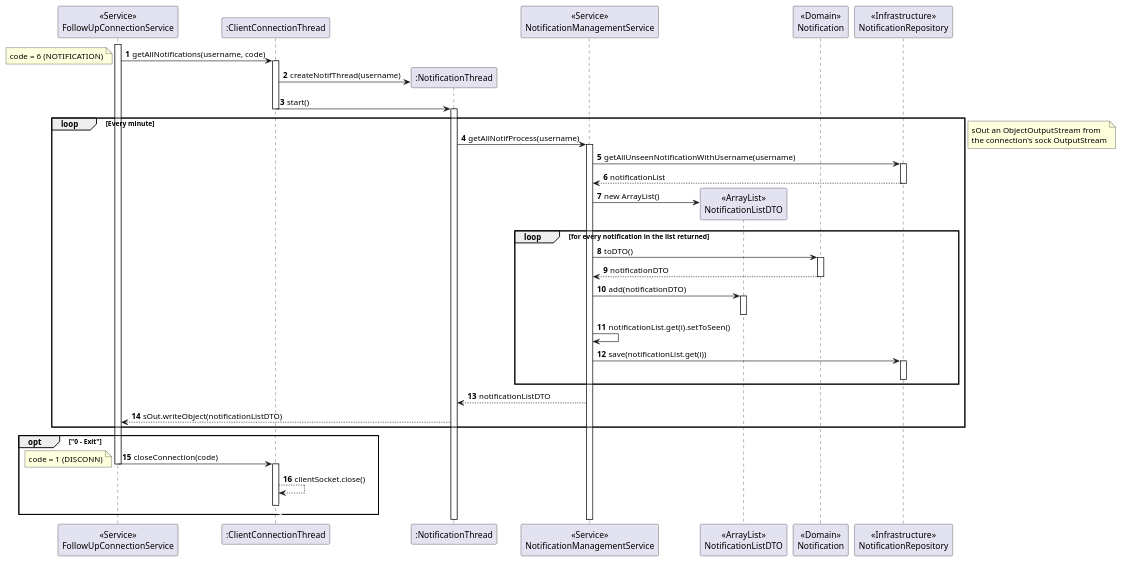
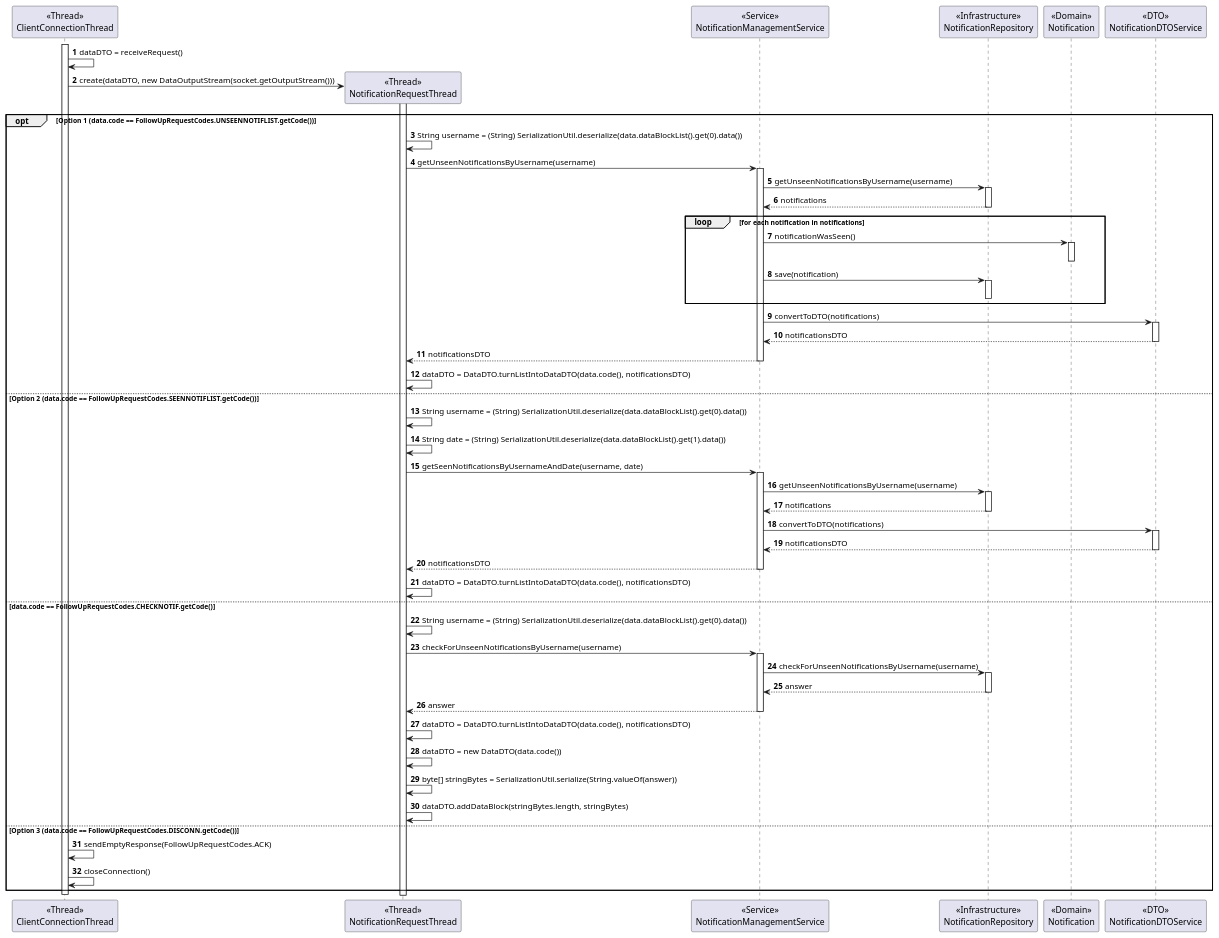
Before and after one commit to rita-barbosa/LAPR4-2324: the diagram in docs/sprint-c/us_3003/US3003_SD/US3003_SD_Server_To_Repo.puml, drawn with PlantUML. The commit also changed 8 other files, not shown here.

```diff
--- a/docs/sprint-c/us_3003/US3003_SD/US3003_SD_Server_To_Repo.puml
+++ b/docs/sprint-c/us_3003/US3003_SD/US3003_SD_Server_To_Repo.puml
@@ -1,108 +1,142 @@
 @startuml
 'https://plantuml.com/sequence-diagram
 
 autonumber
 
-participant "<<Service>>\nFollowUpConnectionService" as SER
-participant ":ClientConnectionThread" as CLITHREAD
-participant ":NotificationThread" as THREAD
+participant "<<Thread>>\nClientConnectionThread" as CLITHREAD
+participant "<<Thread>>\nNotificationRequestThread" as THREAD
 participant "<<Service>>\nNotificationManagementService" as NS
-participant "<<ArrayList>>\nNotificationListDTO" as LIST
+participant "<<Infrastructure>>\nNotificationRepository" as NREPO
 participant "<<Domain>>\nNotification" as N
-participant "<<Infrastructure>>\nNotificationRepository" as NREPO
+participant "<<DTO>>\nNotificationDTOService" as NDTOS
 
-activate SER
+activate CLITHREAD
 
-            SER -> CLITHREAD : getAllNotifications(username, code)
+    CLITHREAD -> CLITHREAD : dataDTO = receiveRequest()
 
-            note left
-            code = 6 (NOTIFICATION)
-            end note
+    CLITHREAD -> THREAD** : create(dataDTO, new DataOutputStream(socket.getOutputStream()))
 
-            activate CLITHREAD
+    opt Option 1 (data.code == FollowUpRequestCodes.UNSEENNOTIFLIST.getCode())
 
-                CLITHREAD -> THREAD** : createNotifThread(username)
+        activate THREAD
 
-                CLITHREAD -> THREAD : start()
+            THREAD -> THREAD : String username = (String) SerializationUtil.deserialize(data.dataBlockList().get(0).data())
 
-            deactivate CLITHREAD
+            THREAD -> NS : getUnseenNotificationsByUsername(username)
 
-            activate THREAD
+            activate NS
 
-                loop Every minute
+                NS -> NREPO : getUnseenNotificationsByUsername(username)
 
-                THREAD -> NS : getAllNotifProcess(username)
+                activate NREPO
 
-                activate NS
+                    NREPO --> NS : notifications
 
-                    NS -> NREPO : getAllUnseenNotificationWithUsername(username)
+                deactivate NREPO
+
+                loop for each notification in notifications
+
+                    NS -> N : notificationWasSeen()
+
+                    activate N
+
+                    deactivate N
+
+                    NS -> NREPO : save(notification)
 
                     activate NREPO
 
-                        NREPO --> NS : notificationList
-
                     deactivate NREPO
 
-                            NS -> LIST**: new ArrayList()
+                end
 
-                            loop for every notification in the list returned
+                NS -> NDTOS : convertToDTO(notifications)
 
-                                NS -> N : toDTO()
+                activate NDTOS
 
-                                activate N
+                    NDTOS --> NS : notificationsDTO
 
-                                    N --> NS : notificationDTO
+                deactivate NDTOS
 
-                                deactivate N
+                NS --> THREAD : notificationsDTO
 
-                                NS -> LIST : add(notificationDTO)
+            deactivate NS
 
-                                activate LIST
+                THREAD -> THREAD : dataDTO = DataDTO.turnListIntoDataDTO(data.code(), notificationsDTO)
 
-                                deactivate LIST
 
-                                NS -> NS : notificationList.get(i).setToSeen()
+    else Option 2 (data.code == FollowUpRequestCodes.SEENNOTIFLIST.getCode())
 
-                                NS -> NREPO : save(notificationList.get(i))
+            THREAD -> THREAD : String username = (String) SerializationUtil.deserialize(data.dataBlockList().get(0).data())
 
-                                activate NREPO
+            THREAD -> THREAD : String date = (String) SerializationUtil.deserialize(data.dataBlockList().get(1).data())
 
-                                deactivate NREPO
+            THREAD -> NS : getSeenNotificationsByUsernameAndDate(username, date)
 
-                            end
+            activate NS
 
-                        NS --> THREAD : notificationListDTO
+                NS -> NREPO : getUnseenNotificationsByUsername(username)
 
-                        THREAD --> SER : sOut.writeObject(notificationListDTO)
+                activate NREPO
 
-                        end
+                    NREPO --> NS : notifications
 
-                        note right
-                        sOut an ObjectOutputStream from
-                        the connection's sock OutputStream
-                        end note
+                deactivate NREPO
+
+                NS -> NDTOS : convertToDTO(notifications)
+
+                                activate NDTOS
+
+                                    NDTOS --> NS : notificationsDTO
+
+                                deactivate NDTOS
+
+                                NS --> THREAD : notificationsDTO
+
+            deactivate NS
+
+                THREAD -> THREAD : dataDTO = DataDTO.turnListIntoDataDTO(data.code(), notificationsDTO)
 
 
 
-                       opt "0 - Exit"
+    else data.code == FollowUpRequestCodes.CHECKNOTIF.getCode()
 
-                       SER -> CLITHREAD : closeConnection(code)
-                       deactivate SER
-                       activate CLITHREAD
-                       note left
-                       code = 1 (DISCONN)
-                       end note
+        THREAD -> THREAD : String username = (String) SerializationUtil.deserialize(data.dataBlockList().get(0).data())
 
-                       CLITHREAD --> CLITHREAD : clientSocket.close()
+        THREAD -> NS : checkForUnseenNotificationsByUsername(username)
 
-                       autonumber stop
-                       CLITHREAD -[#white]> CLITHREAD
-                       deactivate CLITHREAD
+        activate NS
+
+            NS -> NREPO : checkForUnseenNotificationsByUsername(username)
+
+            activate NREPO
+
+                NREPO --> NS : answer
+
+            deactivate NREPO
+
+            NS --> THREAD : answer
+
+        deactivate NS
+
+            THREAD -> THREAD : dataDTO = DataDTO.turnListIntoDataDTO(data.code(), notificationsDTO)
+
+            THREAD -> THREAD : dataDTO = new DataDTO(data.code())
+
+            THREAD -> THREAD : byte[] stringBytes = SerializationUtil.serialize(String.valueOf(answer))
+
+            THREAD -> THREAD : dataDTO.addDataBlock(stringBytes.length, stringBytes)
 
 
-                       autonumber resume
 
-                       end opt
+    else Option 3 (data.code == FollowUpRequestCodes.DISCONN.getCode())
 
+        CLITHREAD -> CLITHREAD : sendEmptyResponse(FollowUpRequestCodes.ACK)
+
+        CLITHREAD -> CLITHREAD : closeConnection()
+
+    end
+
+deactivate CLITHREAD
 
 @enduml
```
